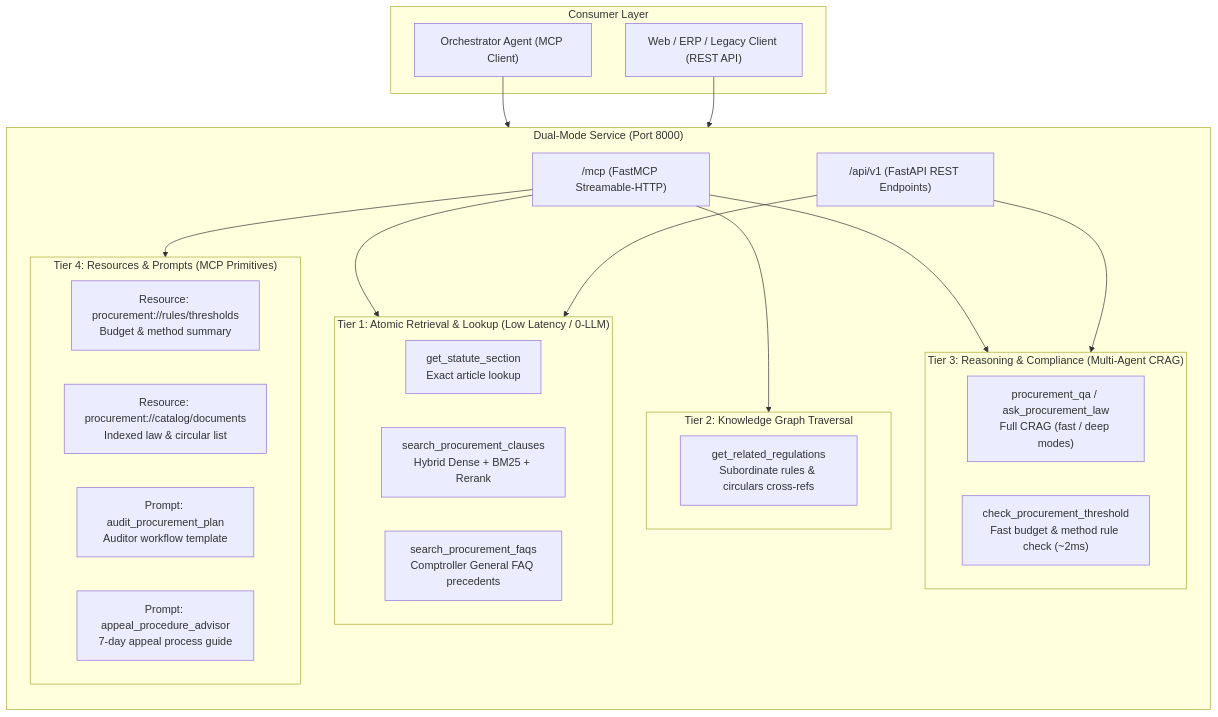
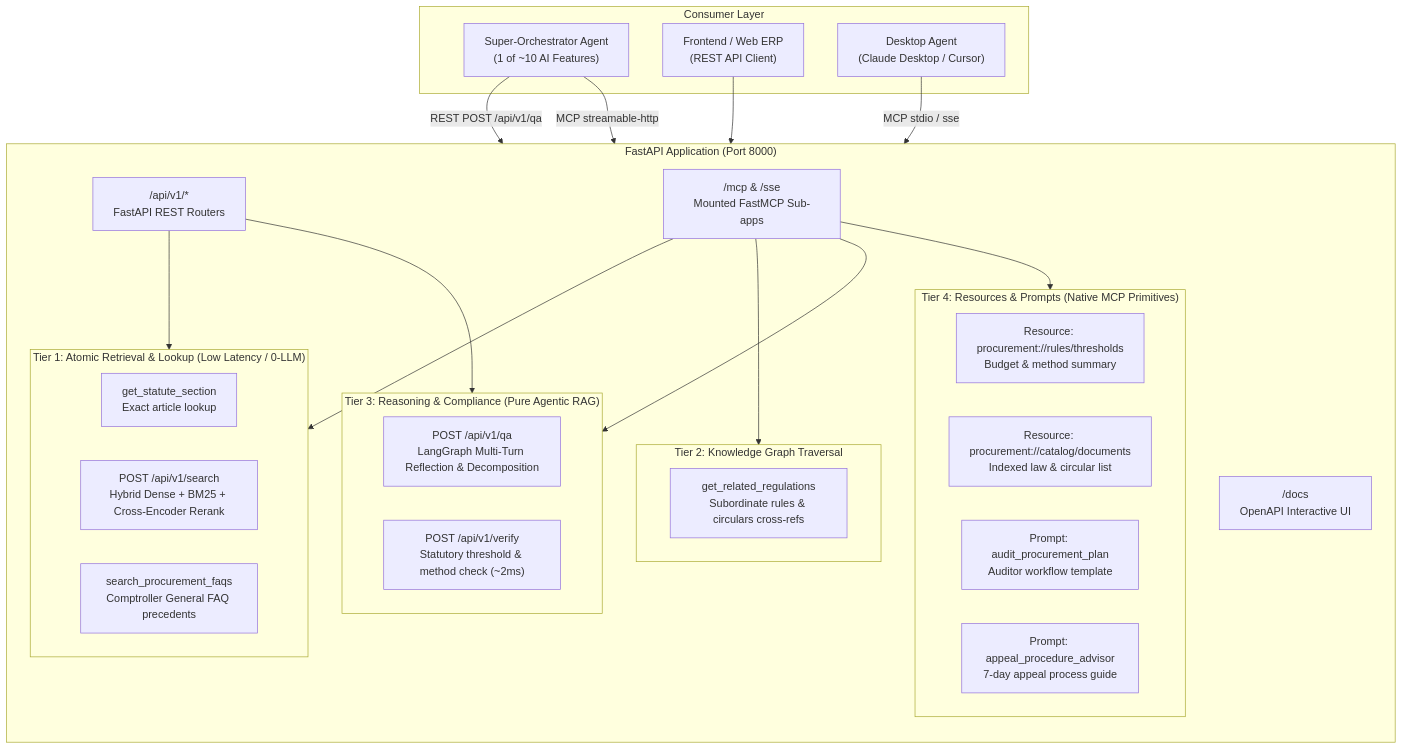
One commit to PaweekornS/ProcurementQA_Agent changed the diagram in docs/MCP.md. Above: the diagram before and after it, drawn with Mermaid. The commit also changed other lines of this file and 33 other files, not shown here.

Commit message:
refactor: backend service

````diff
--- a/docs/MCP.md
+++ b/docs/MCP.md
@@ -11,40 +15,45 @@
 ```mermaid
 flowchart TD
     subgraph CLIENTS["Consumer Layer"]
-        ORCH["Orchestrator Agent (MCP Client)"]
-        WEB["Web / ERP / Legacy Client (REST API)"]
+        ORCH["Super-Orchestrator Agent\n(1 of ~10 AI Features)"]
+        WEB["Frontend / Web ERP\n(REST API Client)"]
+        DESK["Desktop Agent\n(Claude Desktop / Cursor)"]
     end
 
-    subgraph SERVER["Dual-Mode Service (Port 8000)"]
+    subgraph BACKEND["FastAPI Application (Port 8000)"]
         direction TB
-        ENDPOINT_MCP["/mcp (FastMCP Streamable-HTTP)"]
-        ENDPOINT_REST["/api/v1 (FastAPI REST Endpoints)"]
-        
+        SWAGGER["/docs\nOpenAPI Interactive UI"]
+        ENDPOINT_REST["/api/v1/*\nFastAPI REST Routers"]
+        ENDPOINT_MCP["/mcp & /sse\nMounted FastMCP Sub-apps"]
+
         subgraph T1["Tier 1: Atomic Retrieval & Lookup (Low Latency / 0-LLM)"]
             T1_1["get_statute_section\nExact article lookup"]
-            T1_2["search_procurement_clauses\nHybrid Dense + BM25 + Rerank"]
+            T1_2["POST /api/v1/search\nHybrid Dense + BM25 + Cross-Encoder Rerank"]
             T1_3["search_procurement_faqs\nComptroller General FAQ precedents"]
         end
 
         subgraph T2["Tier 2: Knowledge Graph Traversal"]
             T2_1["get_related_regulations\nSubordinate rules & circulars cross-refs"]
         end
 
-        subgraph T3["Tier 3: Reasoning & Compliance (Multi-Agent CRAG)"]
-            T3_1["procurement_qa / ask_procurement_law\nFull CRAG (fast / deep modes)"]
-            T3_2["check_procurement_threshold\nFast budget & method rule check (~2ms)"]
+        subgraph T3["Tier 3: Reasoning & Compliance (Pure Agentic RAG)"]
+            T3_1["POST /api/v1/qa\nLangGraph Multi-Turn Reflection & Decomposition"]
+            T3_2["POST /api/v1/verify\nStatutory threshold & method check (~2ms)"]
         end
 
-        subgraph T4["Tier 4: Resources & Prompts (MCP Primitives)"]
+        subgraph T4["Tier 4: Resources & Prompts (Native MCP Primitives)"]
             T4_1["Resource: procurement://rules/thresholds\nBudget & method summary"]
             T4_2["Resource: procurement://catalog/documents\nIndexed law & circular list"]
             T4_3["Prompt: audit_procurement_plan\nAuditor workflow template"]
             T4_4["Prompt: appeal_procedure_advisor\n7-day appeal process guide"]
         end
     end
 
-    ORCH --> ENDPOINT_MCP
+    ORCH -->|REST POST /api/v1/qa| ENDPOINT_REST
+    ORCH -->|MCP streamable-http| ENDPOINT_MCP
     WEB --> ENDPOINT_REST
+    DESK -->|MCP stdio / sse| ENDPOINT_MCP
+
+    ENDPOINT_REST --> T1 & T3
     ENDPOINT_MCP --> T1 & T2 & T3 & T4
-    ENDPOINT_REST --> T1 & T3
 ```
````
